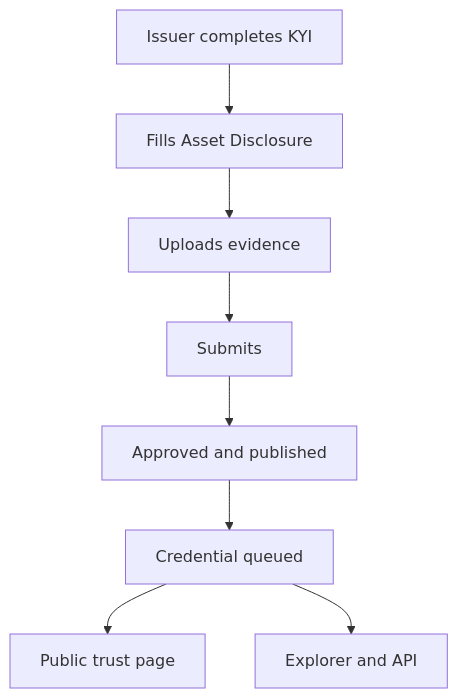
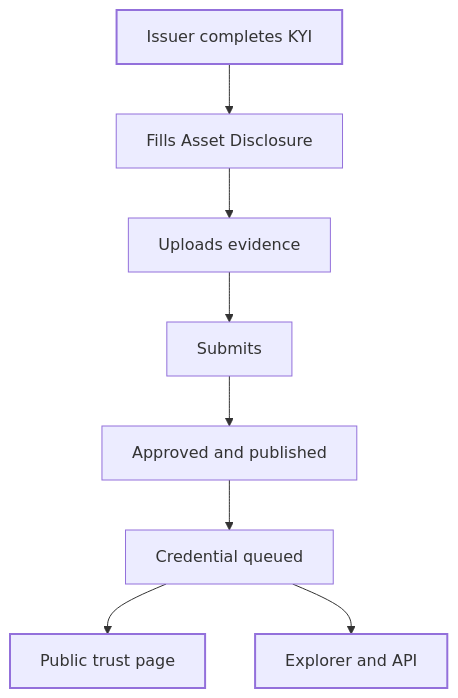
The diagram in tools/proof-of-collateral.mdx (blupryntco/docs), drawn with Mermaid before and after one commit. The commit also changed 54 other files, not shown here.

Commit message:
Diagrams in site palette with dark mode; Developers overview for SDK + both APIs

````diff
--- a/tools/proof-of-collateral.mdx
+++ b/tools/proof-of-collateral.mdx
@@ -21,10 +21,14 @@
 ```mermaid
 flowchart TD
   A[Issuer completes KYI] --> B[Fills Asset Disclosure]
   B --> C[Uploads evidence]
   C --> D[Submits]
   D --> E[Approved and published]
   E --> F[Credential queued]
   F --> G[Public trust page]
   F --> H[Explorer and API]
+classDef start stroke-width:2px
+classDef done stroke-width:2px
+class A start
+class G,H done
 ```
````
